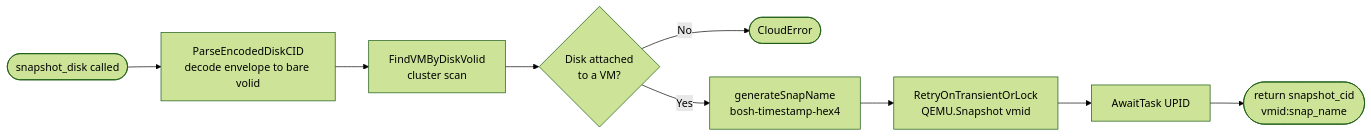
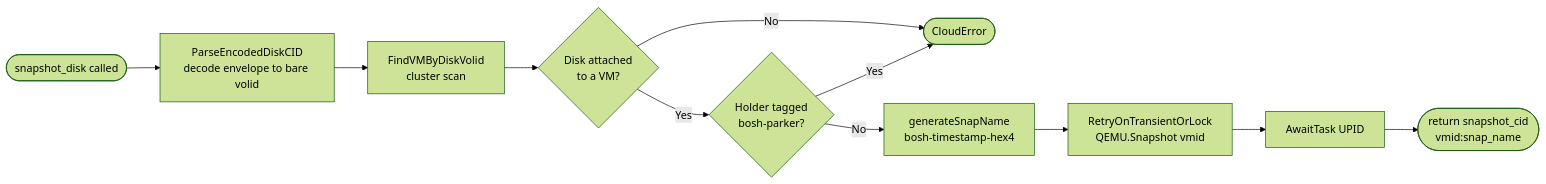
Before and after one commit to fivetwenty-io/bosh-proxmox-cpi-release: the second of 2 diagrams in docs/cpi_methods.md, drawn with Mermaid (forest theme). The commit also changed other lines of this file and 56 other files, not shown here.

````diff
--- a/docs/cpi_methods.md
+++ b/docs/cpi_methods.md
@@ -453,11 +481,13 @@
 ```mermaid
 flowchart LR
     A([snapshot_disk called]) --> B[ParseEncodedDiskCID\ndecode envelope to bare volid]
     B --> C[FindVMByDiskVolid\ncluster scan]
     C --> D{Disk attached\nto a VM?}
     D -- No --> E([CloudError])
-    D -- Yes --> F[generateSnapName\nbosh-timestamp-hex4]
+    D -- Yes --> P{Holder tagged\nbosh-parker?}
+    P -- Yes --> E
+    P -- No --> F[generateSnapName\nbosh-timestamp-hex4]
     F --> G[RetryOnTransientOrLock\nQEMU.Snapshot vmid]
     G --> H[AwaitTask UPID]
     H --> I([return snapshot_cid\nvmid:snap_name])
 ```
````
